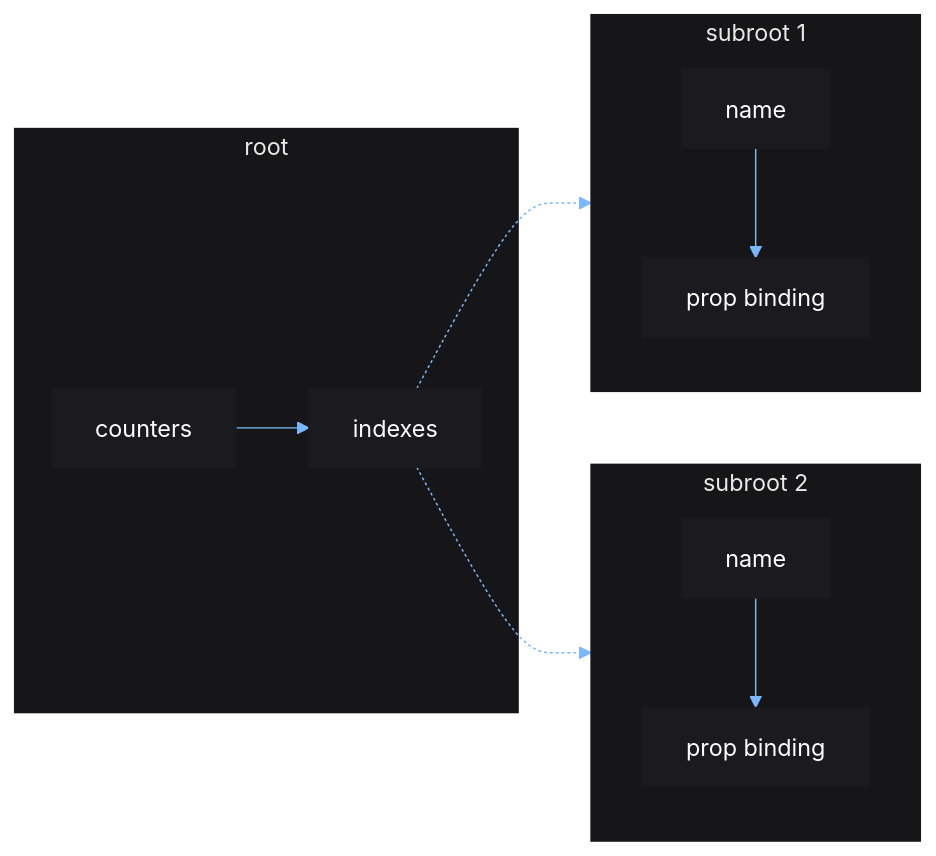
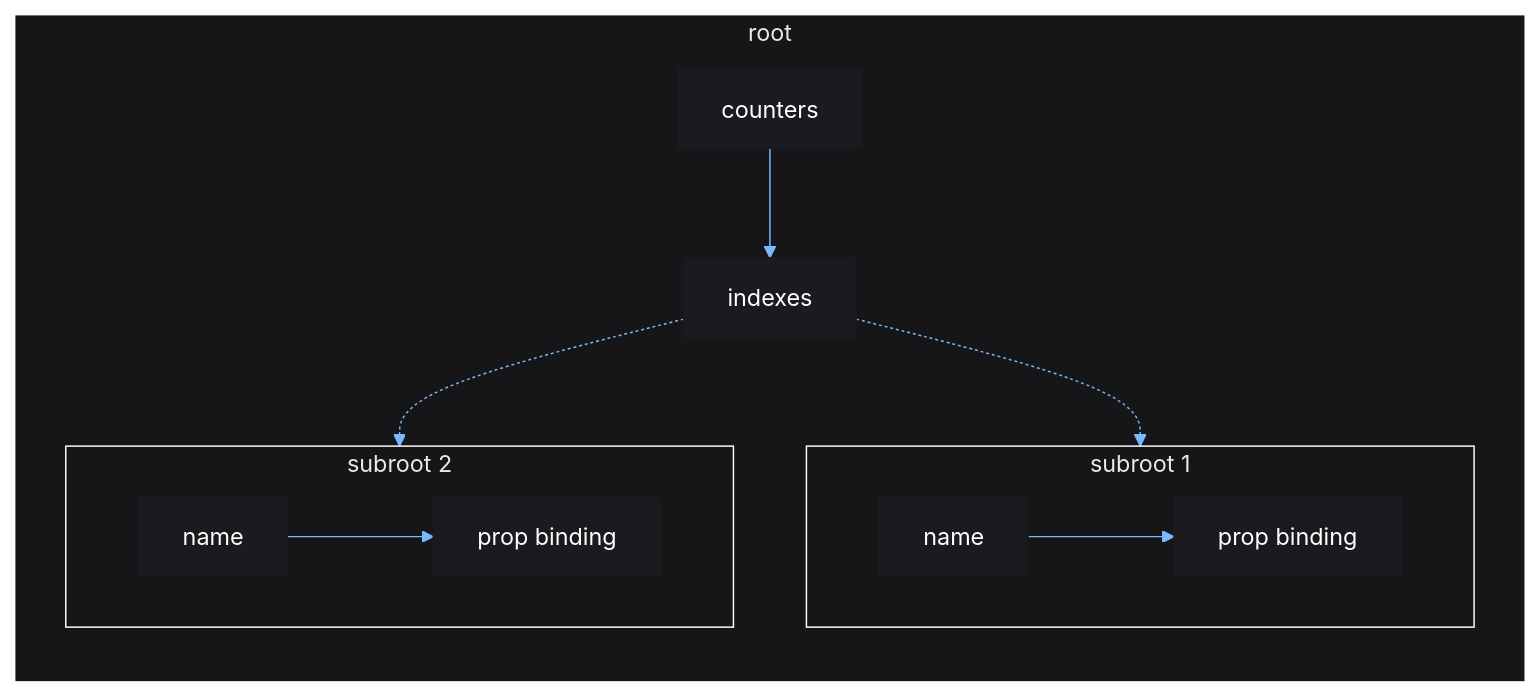
The second of 3 diagrams in docs/tut/advanced/reactive-scoping.md (centau/vide), drawn with Mermaid before and after one commit. The commit also changed other lines of this file and 2 other files, not shown here.

````diff
--- a/docs/tut/advanced/reactive-scoping.md
+++ b/docs/tut/advanced/reactive-scoping.md
@@ -114,28 +135,28 @@
 ```mermaid
 %%{init: {
     "theme": "base",
     "themeVariables": {
         "primaryColor": "#1B1B1F",
         "primaryTextColor": "#fff",
         "primaryBorderColor": "#1B1B1F",
         "lineColor": "#79B8FF",
         "tertiaryColor": "#161618",
-        "tertiaryBorderColor": "#161618"
+        "tertiaryBorderColor": "#fff"
     }
 }}%%
 
 flowchart LR
     subgraph root
         counters --> indexes
-    end
 
-    subgraph root1[subroot 1]
-        n1[name] --> p1[prop binding]
-    end
+        subgraph root1[subroot 1]
+            n1[name] --> p1[prop binding]
+        end
 
-    subgraph root2[subroot 2]
-        n2[name] --> p2[prop binding]
+        subgraph root2[subroot 2]
+            n2[name] --> p2[prop binding]
+        end
     end
 
     indexes .-> root1 & root2
 ```
````
